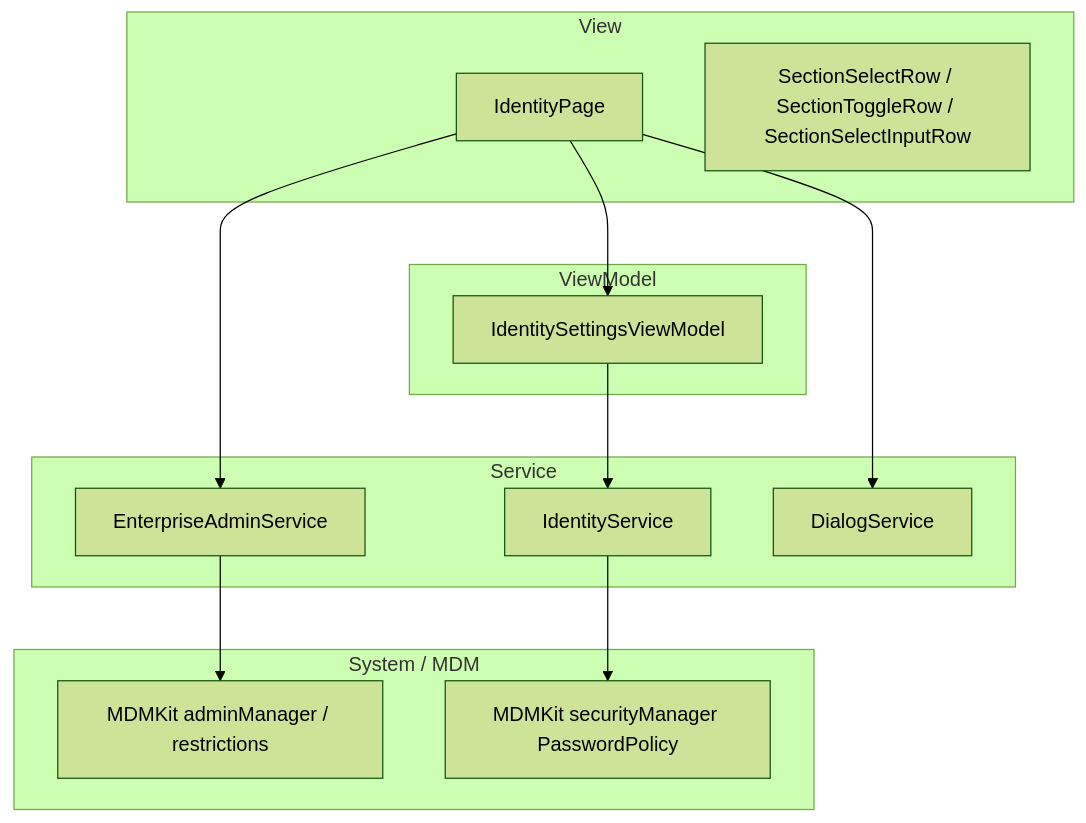
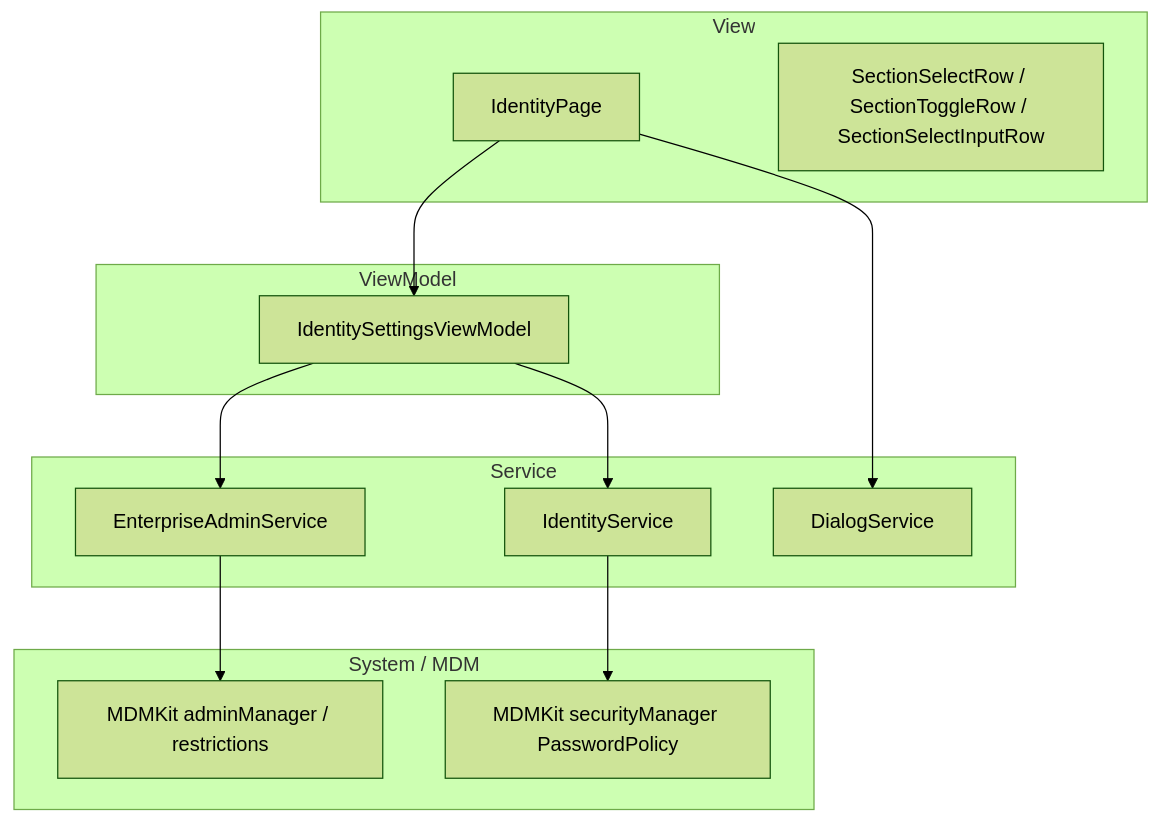
The first of 7 diagrams in docs/03-模块设计/身份鉴别组件设计说明.md (Deslord319/security_tool), drawn with Mermaid (forest theme) before and after one commit. The commit also changed other lines of this file and 43 other files, not shown here.

````diff
--- a/docs/03-模块设计/身份鉴别组件设计说明.md
+++ b/docs/03-模块设计/身份鉴别组件设计说明.md
@@ -84,29 +87,29 @@
 ```mermaid
 flowchart TB
   subgraph View["View"]
     A["IdentityPage"]
     B["SectionSelectRow / SectionToggleRow / SectionSelectInputRow"]
   end
 
   subgraph ViewModel["ViewModel"]
     C["IdentitySettingsViewModel"]
   end
 
   subgraph Service["Service"]
     D["EnterpriseAdminService"]
     E["IdentityService"]
     F["DialogService"]
   end
 
   subgraph System["System / MDM"]
     G["MDMKit adminManager / restrictions"]
     H["MDMKit securityManager PasswordPolicy"]
   end
 
   A --> C
-  A --> D
   A --> F
+  C --> D
   C --> E
   D --> G
   E --> H
 ```
````
